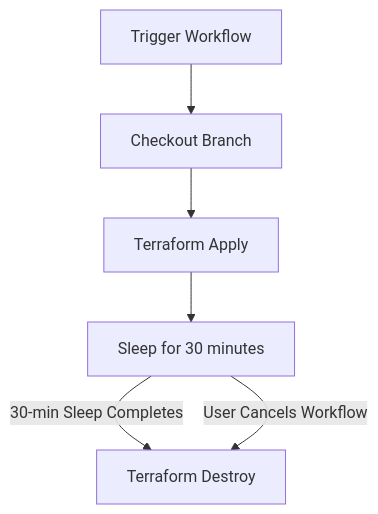
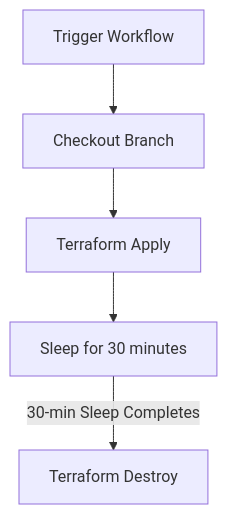
One commit to rajneeshmahala/terraform-azure-app-service-webapps changed the diagram in example-deploy/README.md. Above: the diagram before and after it, drawn with Mermaid. The commit also changed other lines of this file and 1 other file, not shown here.

````diff
--- a/example-deploy/README.md
+++ b/example-deploy/README.md
@@ -64,8 +64,7 @@
 ```mermaid
 graph TD
     A[Trigger Workflow] --> B[Checkout Branch]
     B --> C[Terraform Apply]
     C --> D[Sleep for 30 minutes]
     D -->|30-min Sleep Completes| E[Terraform Destroy]
-    D -->|User Cancels Workflow| E
 ```
````
